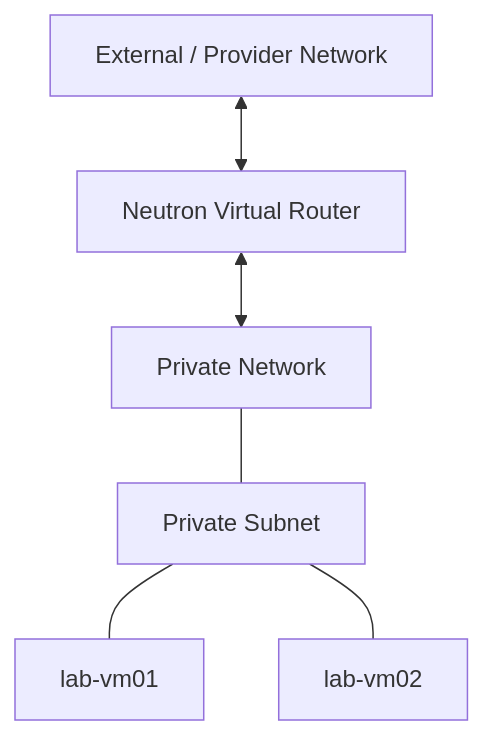
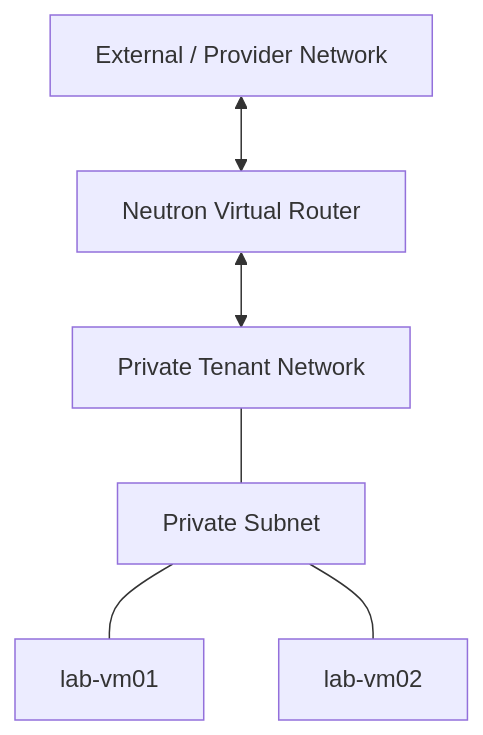
Before and after one commit to elahegivi/openstack-private-cloud-lab: the diagram in docs/neutron-networking.md, drawn with Mermaid. The commit also changed other lines of this file, not shown here.

````diff
--- a/docs/neutron-networking.md
+++ b/docs/neutron-networking.md
@@ -14,15 +14,15 @@
 ```mermaid
 flowchart TB
     EXT["External / Provider Network"]
     ROUTER["Neutron Virtual Router"]
-    NET["Private Network"]
+    NET["Private Tenant Network"]
     SUBNET["Private Subnet"]
     VM1["lab-vm01"]
     VM2["lab-vm02"]
 
     EXT <--> ROUTER
     ROUTER <--> NET
     NET --- SUBNET
     SUBNET --- VM1
     SUBNET --- VM2
 ```
````
